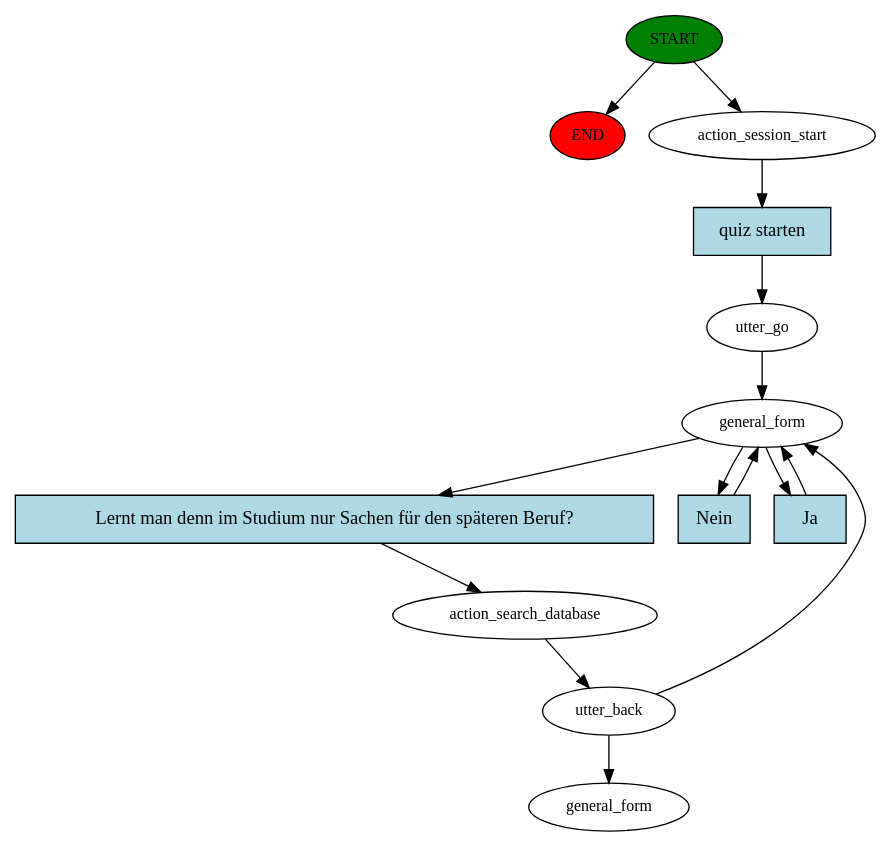
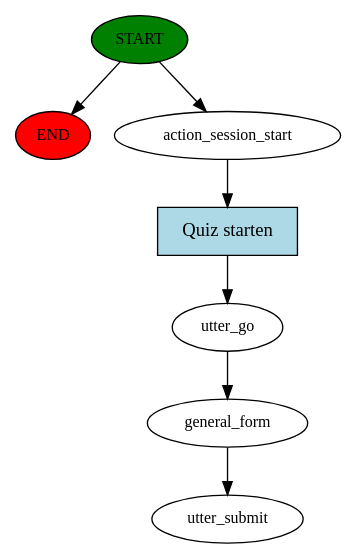
Before and after one commit to benitadietrich/chatbot-prototype: the diagram in rasa-bot/story_graph.dot, drawn with Graphviz. The commit also changed 2 other files, not shown here.

```diff
--- a/rasa-bot/story_graph.dot
+++ b/rasa-bot/story_graph.dot
@@ -1,28 +1,15 @@
 digraph  {
 0 [class="start active", fillcolor=green, fontsize=12, label=START, style=filled];
 "-1" [class=end, fillcolor=red, fontsize=12, label=END, style=filled];
 1 [class=active, fontsize=12, label=action_session_start];
 2 [class=active, fontsize=12, label=utter_go];
 3 [class=active, fontsize=12, label=general_form];
-4 [class=active, fontsize=12, label=action_search_database];
-5 [class=active, fontsize=12, label=utter_back];
-11 [class="dashed active", fontsize=12, label=general_form];
-12 [class="intent active", fillcolor=lightblue, label="quiz starten", shape=rect, style=filled];
-13 [class="intent active", fillcolor=lightblue, label="Lernt man denn im Studium nur Sachen für den späteren Beruf?", shape=rect, style=filled];
-14 [class="intent active", fillcolor=lightblue, label=Nein, shape=rect, style=filled];
-15 [class="intent active", fillcolor=lightblue, label=Ja, shape=rect, style=filled];
+4 [class="dashed active", fontsize=12, label=utter_submit];
+5 [class="intent active", fillcolor=lightblue, label="Quiz starten", shape=rect, style=filled];
 0 -> "-1"  [class="", key=NONE, label=""];
 0 -> 1  [class=active, key=NONE, label=""];
-1 -> 12  [class=active, key=0];
+1 -> 5  [class=active, key=0];
 2 -> 3  [class=active, key=NONE, label=""];
-3 -> 13  [class=active, key=0];
-3 -> 14  [class=active, key=0];
-3 -> 15  [class=active, key=0];
-4 -> 5  [class=active, key=NONE, label=""];
-5 -> 11  [class=active, key=NONE, label=""];
-5 -> 3  [class=active, key=NONE, label=""];
-12 -> 2  [class=active, key=0];
-13 -> 4  [class=active, key=0];
-14 -> 3  [class=active, key=0];
-15 -> 3  [class=active, key=0];
+3 -> 4  [class=active, key=NONE, label=""];
+5 -> 2  [class=active, key=0];
 }
```
